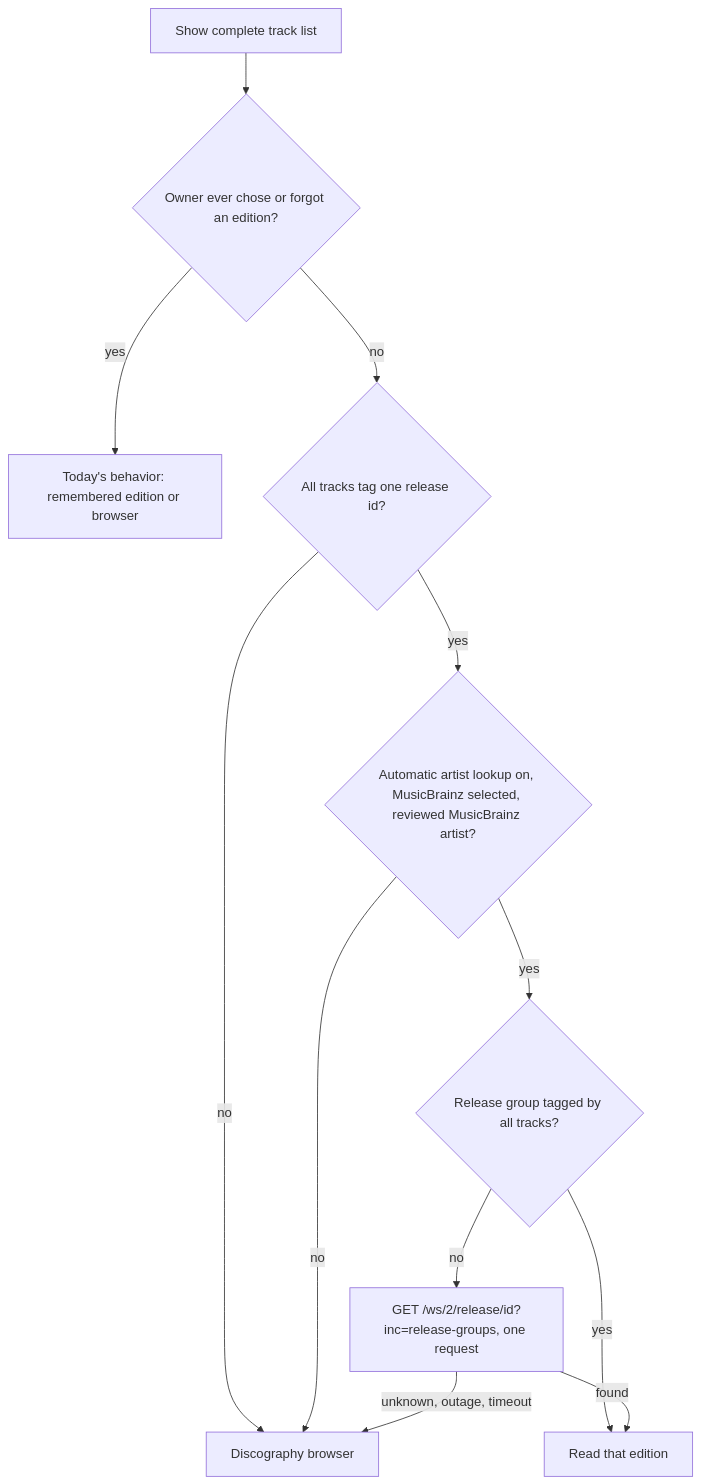
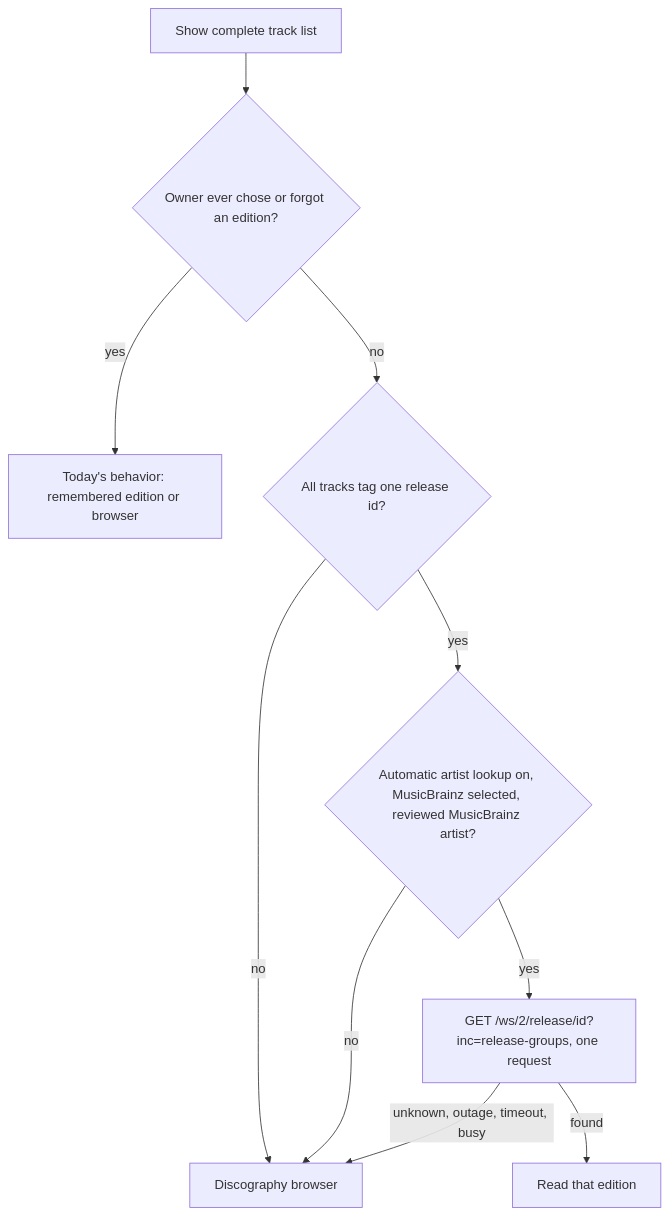
One commit to acidiney/hitoapp changed the sixth of 8 diagrams in docs/catalog-browsing.md. Above: the diagram before and after it, drawn with Mermaid. The commit also changed other lines of this file and 6 other files, not shown here.

Commit message:
Always verify the release group with MusicBrainz and test scoping, busy, deadline and oversized answers

````diff
--- a/docs/catalog-browsing.md
+++ b/docs/catalog-browsing.md
@@ -136,14 +136,12 @@
 ```mermaid
 flowchart TD
   Click[Show complete track list] --> Choice{Owner ever chose or forgot an edition?}
   Choice -->|yes| Own[Today's behavior: remembered edition or browser]
   Choice -->|no| Tags{All tracks tag one release id?}
   Tags -->|no| Browser[Discography browser]
   Tags -->|yes| Consent{Automatic artist lookup on, MusicBrainz selected, reviewed MusicBrainz artist?}
   Consent -->|no| Browser
-  Consent -->|yes| Group{Release group tagged by all tracks?}
-  Group -->|yes| Open[Read that edition]
-  Group -->|no| Ask[GET /ws/2/release/id?inc=release-groups, one request]
-  Ask -->|found| Open
-  Ask -->|unknown, outage, timeout| Browser
+  Consent -->|yes| Ask[GET /ws/2/release/id?inc=release-groups, one request]
+  Ask -->|found| Open[Read that edition]
+  Ask -->|unknown, outage, timeout, busy| Browser
 ```
````
